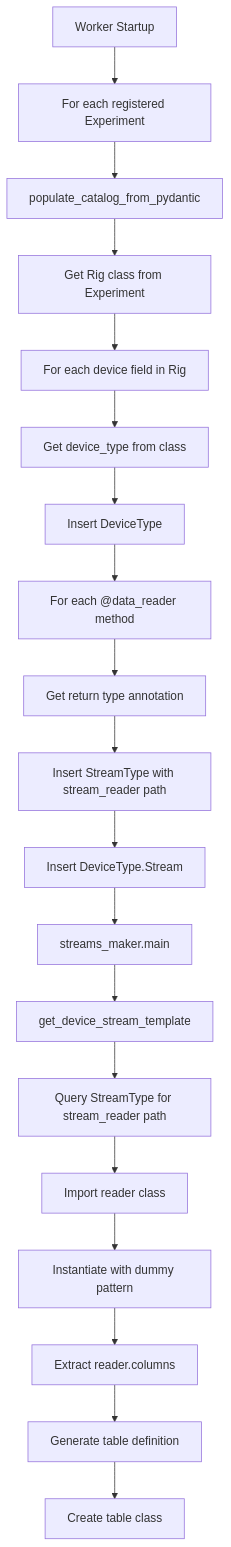
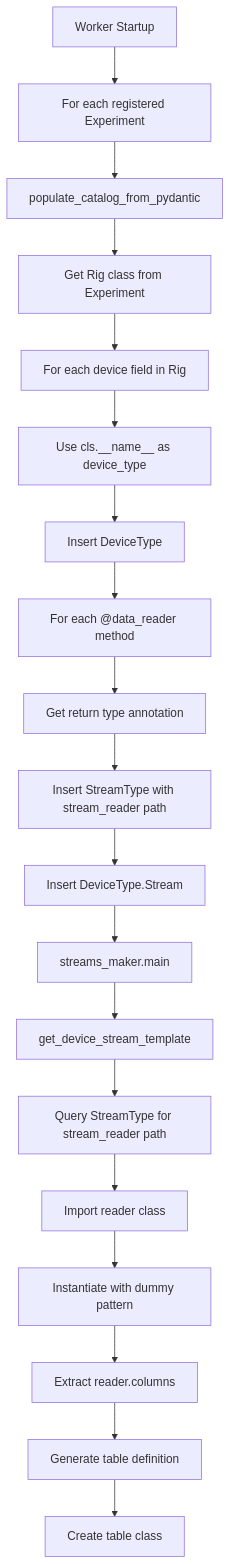
Before and after one commit to SainsburyWellcomeCentre/aeon_mecha: the diagram in docs/specs/SPEC_STREAMS_MAKER.md, drawn with Mermaid. The commit also changed other lines of this file and 1 other file, not shown here.

````diff
--- a/docs/specs/SPEC_STREAMS_MAKER.md
+++ b/docs/specs/SPEC_STREAMS_MAKER.md
@@ -425,21 +441,21 @@
 ```mermaid
 graph TD
     A[Worker Startup] --> B[For each registered Experiment]
     B --> C[populate_catalog_from_pydantic]
     C --> D[Get Rig class from Experiment]
     D --> E[For each device field in Rig]
-    E --> F[Get device_type from class]
+    E --> F[Use cls.__name__ as device_type]
     F --> G[Insert DeviceType]
     G --> H[For each @data_reader method]
     H --> I[Get return type annotation]
     I --> J[Insert StreamType with stream_reader path]
     J --> K[Insert DeviceType.Stream]
     K --> L[streams_maker.main]
     L --> M[get_device_stream_template]
     M --> N[Query StreamType for stream_reader path]
     N --> O[Import reader class]
     O --> P[Instantiate with dummy pattern]
     P --> Q[Extract reader.columns]
     Q --> R[Generate table definition]
     R --> S[Create table class]
 ```
````
